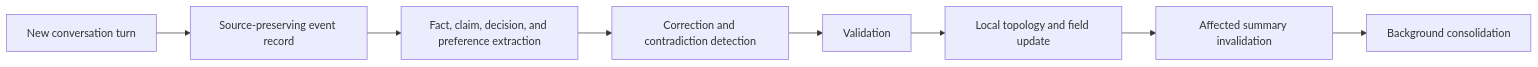
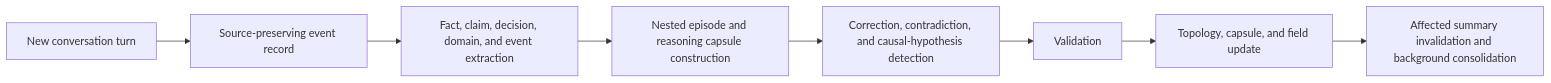
The sixth of 7 diagrams in docs/architecture.md (rishi-ie/LTM), drawn with Mermaid before and after one commit. The commit also changed other lines of this file and 2 other files, not shown here.

````diff
--- a/docs/architecture.md
+++ b/docs/architecture.md
@@ -974,13 +2774,13 @@
 ```mermaid
 flowchart LR
     A["New conversation turn"]
     B["Source-preserving event record"]
-    C["Fact, claim, decision, and preference extraction"]
-    D["Correction and contradiction detection"]
-    E["Validation"]
-    F["Local topology and field update"]
-    G["Affected summary invalidation"]
-    H["Background consolidation"]
+    C["Fact, claim, decision, domain, and event extraction"]
+    D["Nested episode and reasoning capsule construction"]
+    E["Correction, contradiction, and causal-hypothesis detection"]
+    F["Validation"]
+    G["Topology, capsule, and field update"]
+    H["Affected summary invalidation and background consolidation"]
 
     A --> B --> C --> D --> E --> F --> G --> H
 ```
````
